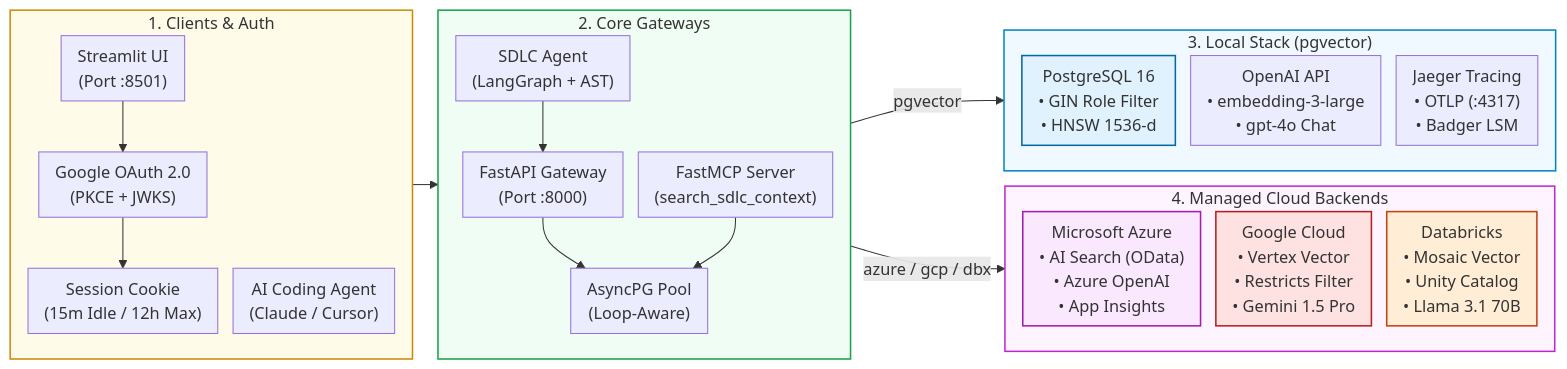
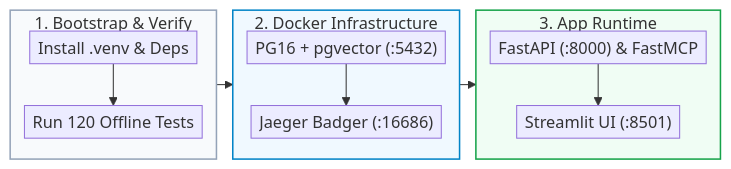
The third of 7 diagrams in README.md (Kenono2000/enterprise-rag-pgvector-rbac), drawn with Mermaid before and after one commit. The commit also changed other lines of this file, not shown here.

````diff
--- a/README.md
+++ b/README.md
@@ -75,38 +71,20 @@
 ```mermaid
-%%{init: {'flowchart': {'nodeSpacing': 15, 'rankSpacing': 25, 'padding': 8}}}%%
+%%{init: {'flowchart': {'nodeSpacing': 8, 'rankSpacing': 16, 'padding': 4}}}%%
 flowchart LR
-    subgraph Clients ["1. Clients & Auth"]
+    subgraph DevBootstrap ["1. Bootstrap & Verify"]
         direction TB
-        browser["Streamlit UI<br/>(Port :8501)"] --> google["Google OAuth 2.0<br/>(PKCE + JWKS)"] --> cookie["Session Cookie<br/>(15m Idle / 12h Max)"]
-        mcp_client["AI Coding Agent<br/>(Claude / Cursor)"]
+        Venv["Install .venv & Deps"] --> Pytest["Run 120 Offline Tests"]
     end
-    subgraph Gateways ["2. Core Gateways"]
+    subgraph Containers ["2. Docker Infrastructure"]
         direction TB
-        api["FastAPI Gateway<br/>(Port :8000)"] --> pool["AsyncPG Pool<br/>(Loop-Aware)"]
-        mcp_gw["FastMCP Server<br/>(search_sdlc_context)"] --> pool
-        agent["SDLC Agent<br/>(LangGraph + AST)"] --> api
+        PG16["PG16 + pgvector (:5432)"] --> Jaeger["Jaeger Badger (:16686)"]
     end
-    subgraph LocalEnv ["3. Local Stack (pgvector)"]
+    subgraph Services ["3. App Runtime"]
         direction TB
-        local_db["PostgreSQL 16<br/>• GIN Role Filter<br/>• HNSW 1536-d"]
-        openai_api["OpenAI API<br/>• embedding-3-large<br/>• gpt-4o Chat"]
-        jaeger["Jaeger Tracing<br/>• OTLP (:4317)<br/>• Badger LSM"]
+        FastAPI["FastAPI (:8000) & FastMCP"] --> Streamlit["Streamlit UI (:8501)"]
     end
-    subgraph CloudEnv ["4. Managed Cloud Backends"]
-        direction TB
-        azure_env["Microsoft Azure<br/>• AI Search (OData)<br/>• Azure OpenAI<br/>• App Insights"]
-        gcp_env["Google Cloud<br/>• Vertex Vector<br/>• Restricts Filter<br/>• Gemini 1.5 Pro"]
-        dbx_env["Databricks<br/>• Mosaic Vector<br/>• Unity Catalog<br/>• Llama 3.1 70B"]
-    end
-    Clients --> Gateways
-    Gateways -->|pgvector| LocalEnv
-    Gateways -->|azure / gcp / dbx| CloudEnv
-    style Clients fill:#fefce8,stroke:#ca8a04,stroke-width:1.5px
-    style Gateways fill:#f0fdf4,stroke:#16a34a,stroke-width:1.5px
-    style LocalEnv fill:#f0f9ff,stroke:#0284c7,stroke-width:1.5px
-    style CloudEnv fill:#fdf4ff,stroke:#c026d3,stroke-width:1.5px
-    style local_db fill:#e0f2fe,stroke:#0369a1,stroke-width:1.5px
-    style azure_env fill:#fae8ff,stroke:#a21caf,stroke-width:1.5px
-    style gcp_env fill:#fee2e2,stroke:#b91c1c,stroke-width:1.5px
-    style dbx_env fill:#ffedd5,stroke:#c2410c,stroke-width:1.5px
+    DevBootstrap --> Containers --> Services
+    style DevBootstrap fill:#f8fafc,stroke:#94a3b8,stroke-width:1.5px
+    style Containers fill:#f0f9ff,stroke:#0284c7,stroke-width:1.5px
+    style Services fill:#f0fdf4,stroke:#16a34a,stroke-width:1.5px
 ```
````
